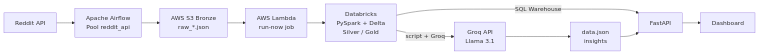
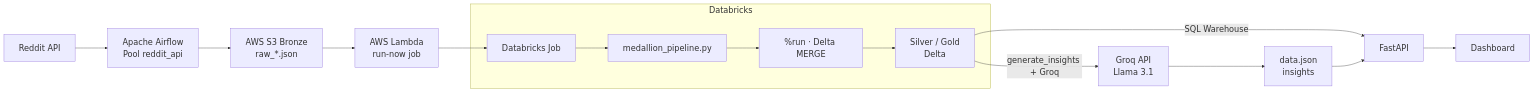
One commit to wesleyolvr/DataRadar changed the diagram in README.md. Above: the diagram before and after it, drawn with Mermaid. The commit also changed other lines of this file and 5 other files, not shown here.

First line of the commit message:
docs: enhance architecture documentation and diagrams for Databricks integration

````diff
--- a/README.md
+++ b/README.md
@@ -36,12 +36,18 @@
 ```mermaid
+%%{init: {'themeVariables': {'fontSize': '22px'}, 'flowchart': {'nodeSpacing': 72, 'rankSpacing': 88, 'padding': 20}}}%%
 flowchart LR
     Reddit["Reddit API"] --> Airflow["Apache Airflow\nPool reddit_api"]
     Airflow --> S3["AWS S3 Bronze\nraw_*.json"]
     S3 --> Lambda["AWS Lambda\nrun-now job"]
-    Lambda --> Databricks["Databricks\nPySpark + Delta\nSilver / Gold"]
-    Databricks -->|SQL Warehouse| FastAPI["FastAPI"]
-    Databricks -->|script + Groq| Groq["Groq API\nLlama 3.1"]
+    Lambda --> DbJob["Databricks Job"]
+    subgraph Databricks["Databricks"]
+        DbJob --> Entry["medallion_pipeline.py"]
+        Entry --> Run["%run · Delta MERGE"]
+        Run --> Delta["Silver / Gold\nDelta"]
+    end
+    Delta -->|SQL Warehouse| FastAPI["FastAPI"]
+    Delta -->|generate_insights + Groq| Groq["Groq API\nLlama 3.1"]
     Groq --> DataJSON["data.json\ninsights"]
     DataJSON --> FastAPI
     FastAPI --> UI["Dashboard"]
 ```
````
